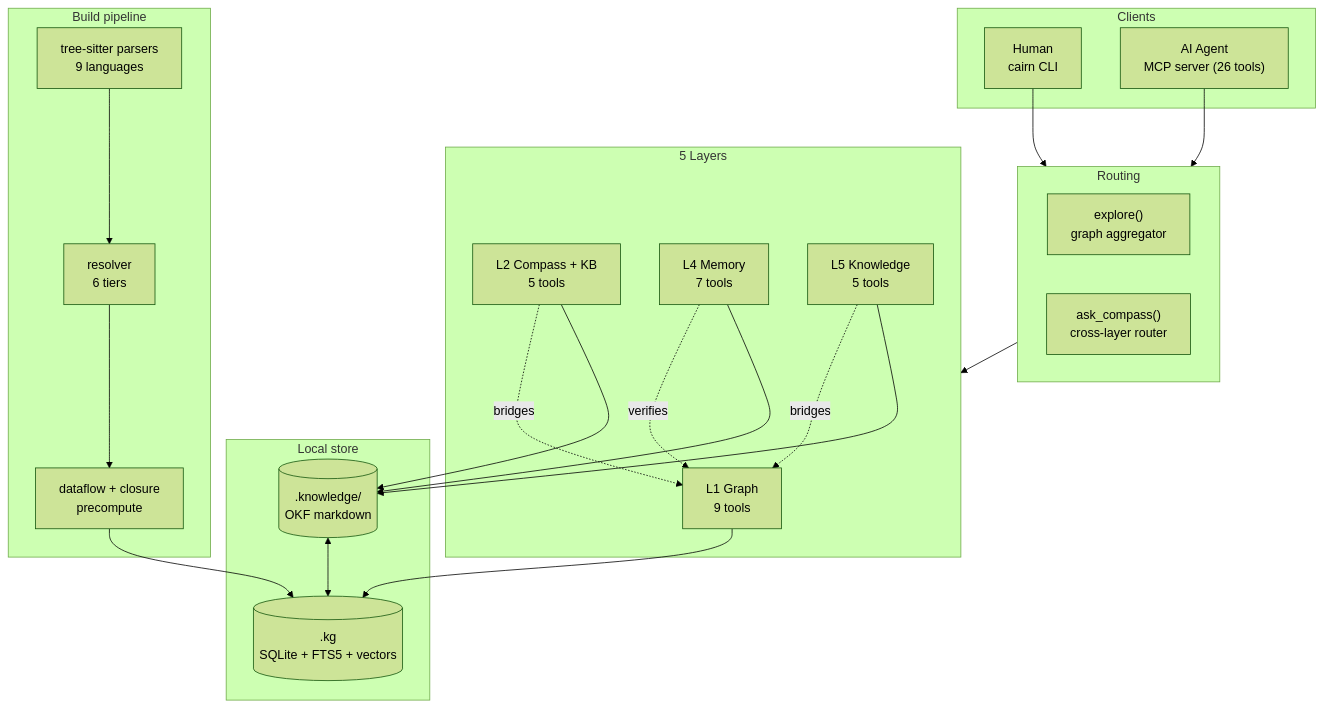
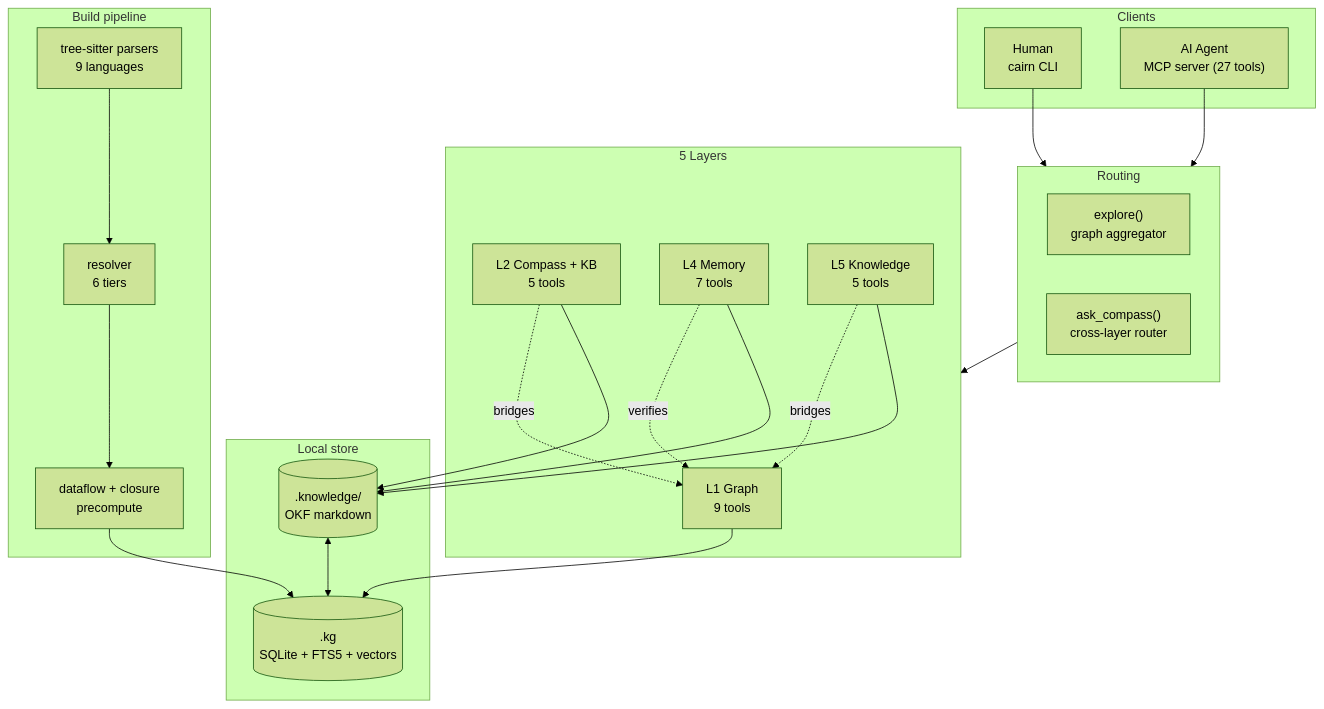
The first of 11 diagrams in docs/architecture-overview.md (tanlnm512/cairn), drawn with Mermaid (forest theme) before and after one commit. The commit also changed other lines of this file and 20 other files, not shown here.

````diff
--- a/docs/architecture-overview.md
+++ b/docs/architecture-overview.md
@@ -29,43 +29,43 @@
 ```mermaid
 flowchart TB
     subgraph Clients["Clients"]
         H["Human<br/>cairn CLI"]
-        A["AI Agent<br/>MCP server (26 tools)"]
+        A["AI Agent<br/>MCP server (27 tools)"]
     end
 
     subgraph Router["Routing"]
         EX["explore()<br/>graph aggregator"]
         AC["ask_compass()<br/>cross-layer router"]
     end
 
     subgraph Layers["5 Layers"]
         L1["L1 Graph<br/>9 tools"]
         L2["L2 Compass + KB<br/>5 tools"]
         L4["L4 Memory<br/>7 tools"]
         L5["L5 Knowledge<br/>5 tools"]
     end
 
     subgraph Store["Local store"]
         DB[(".kg<br/>SQLite + FTS5 + vectors")]
         KB[(".knowledge/<br/>OKF markdown")]
     end
 
     subgraph Build["Build pipeline"]
         P["tree-sitter parsers<br/>9 languages"]
         R["resolver<br/>6 tiers"]
         D["dataflow + closure<br/>precompute"]
     end
 
     H --> Router
     A --> Router
     Router --> Layers
     L1 --> DB
     L2 --> KB
     L2 -.bridges.-> L1
     L4 --> KB
     L4 -.verifies.-> L1
     L5 --> KB
     L5 -.bridges.-> L1
     P --> R --> D --> DB
     KB <--> DB
 ```
````
